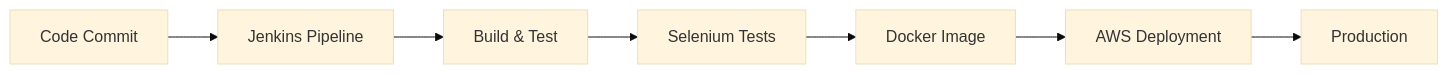
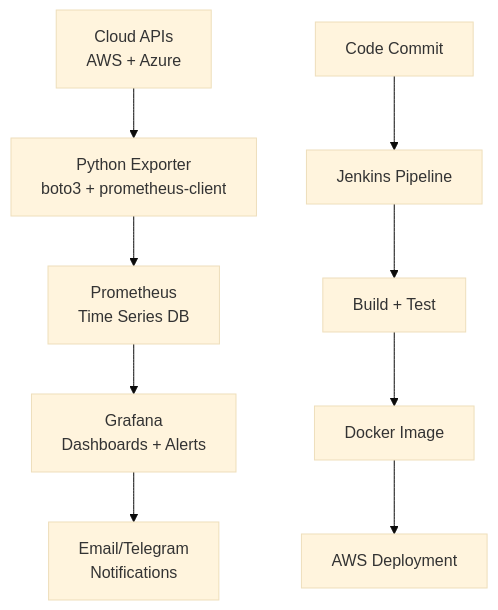
The diagram in README.md (CloudFlamedev/CloudFlamedev), drawn with Mermaid (base theme) before and after one commit. The commit also changed other lines of this file, not shown here.

````diff
--- a/README.md
+++ b/README.md
@@ -93,9 +114,12 @@
 ```mermaid
-graph LR
-    A[Code Commit] --> B[Jenkins Pipeline]
-    B --> C[Build & Test]
-    C --> D[Selenium Tests]
-    D --> E[Docker Image]
-    E --> F[AWS Deployment]
-    F --> G[Production]
+graph TD
+    A[Cloud APIs<br/>AWS + Azure] --> B[Python Exporter<br/>boto3 + prometheus-client]
+    B --> C[Prometheus<br/>Time Series DB]
+    C --> D[Grafana<br/>Dashboards + Alerts]
+    D --> E[Email/Telegram<br/>Notifications]
+
+    F[Code Commit] --> G[Jenkins Pipeline]
+    G --> H[Build + Test]
+    H --> I[Docker Image]
+    I --> J[AWS Deployment]
 ```
````
